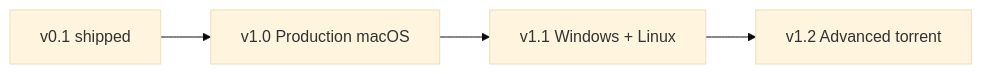
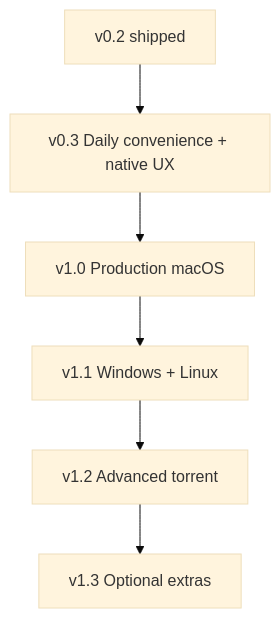
One commit to dineshkn-dev/torrex-desktop changed the diagram in docs/planning/FUTURE.md. Above: the diagram before and after it, drawn with Mermaid (base theme). The commit also changed other lines of this file and 29 other files, not shown here.

````diff
--- a/docs/planning/FUTURE.md
+++ b/docs/planning/FUTURE.md
@@ -84,10 +151,14 @@
 ```mermaid
-flowchart LR
-  v01[v0.1 shipped]
+flowchart TB
+  v02[v0.2 shipped]
+  v03[v0.3 Daily convenience + native UX]
   v10[v1.0 Production macOS]
   v11[v1.1 Windows + Linux]
   v12[v1.2 Advanced torrent]
-  v01 --> v10
+  v13[v1.3 Optional extras]
+  v02 --> v03
+  v03 --> v10
   v10 --> v11
   v11 --> v12
+  v12 --> v13
 ```
````
